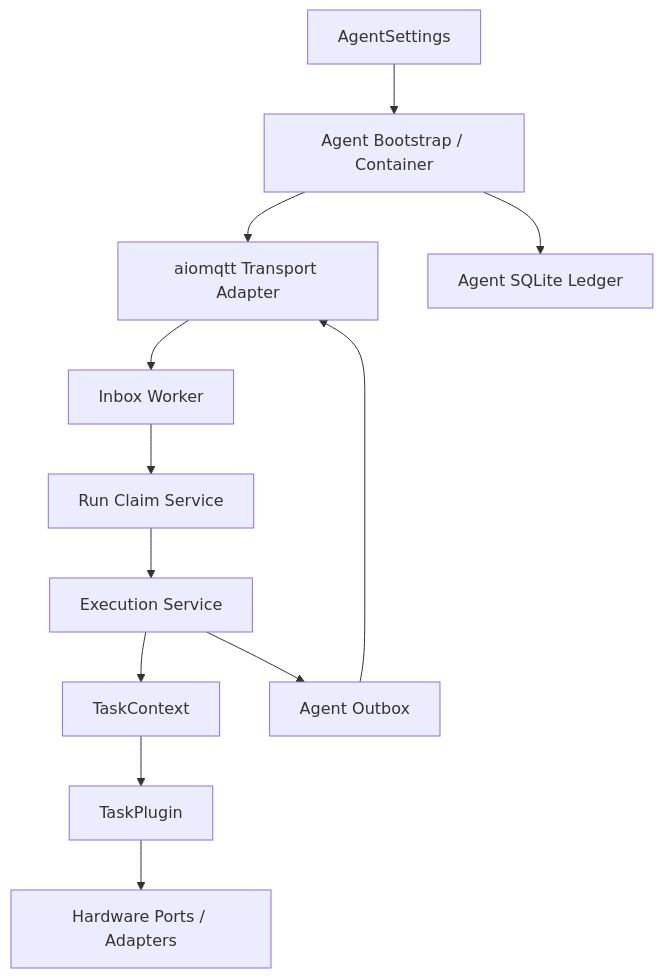
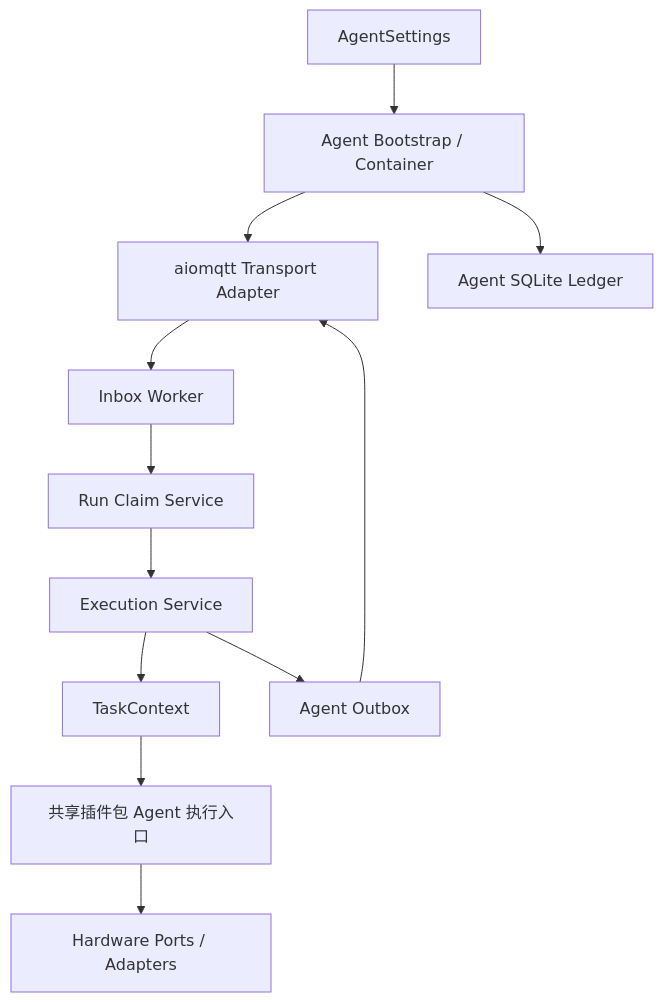
Before and after one commit to fshoocn/aetp: the sixth of 9 diagrams in 汽车电子测试平台开发文档.md, drawn with Mermaid. The commit also changed other lines of this file, not shown here.

First line of the commit message:
文档(插件): 明确 Master 与 Agent 插件职责

````diff
--- a/汽车电子测试平台开发文档.md
+++ b/汽车电子测试平台开发文档.md
@@ -1257,14 +1256,14 @@
 ```mermaid
 flowchart TB
     CFG[AgentSettings] --> BOOT[Agent Bootstrap / Container]
     BOOT --> MQTT[aiomqtt Transport Adapter]
     BOOT --> LEDGER[Agent SQLite Ledger]
     MQTT --> INBOX[Inbox Worker]
     INBOX --> CLAIM[Run Claim Service]
     CLAIM --> EXEC[Execution Service]
     EXEC --> CTX[TaskContext]
-    CTX --> PLUGIN[TaskPlugin]
+    CTX --> PLUGIN[共享插件包 Agent 执行入口]
     PLUGIN --> HW[Hardware Ports / Adapters]
     EXEC --> OUTBOX[Agent Outbox]
     OUTBOX --> MQTT
 ```
````
